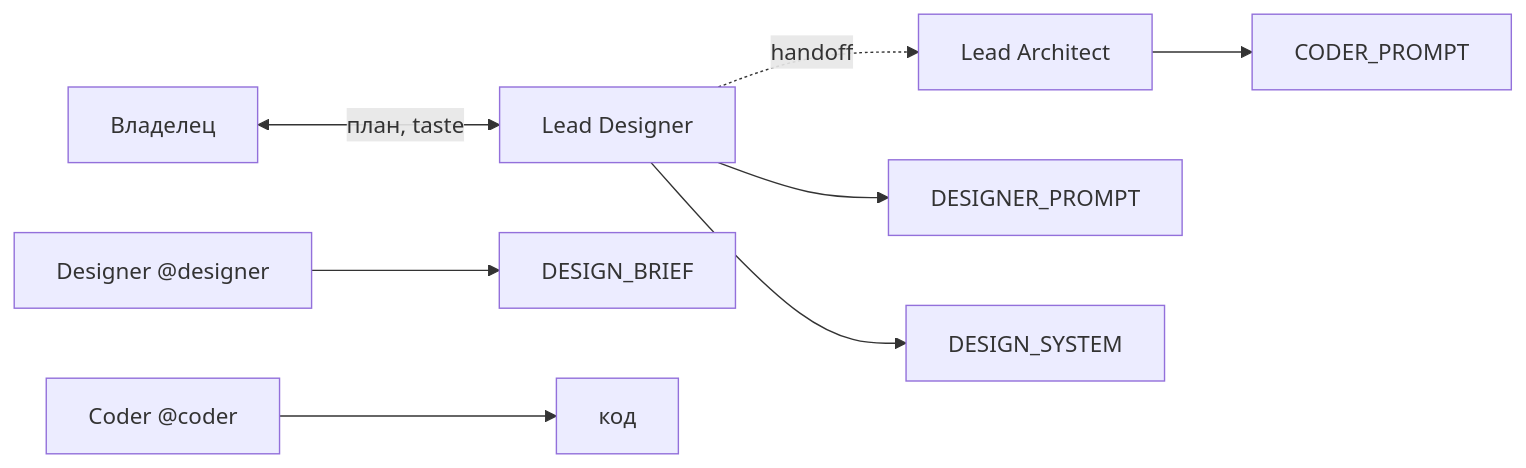
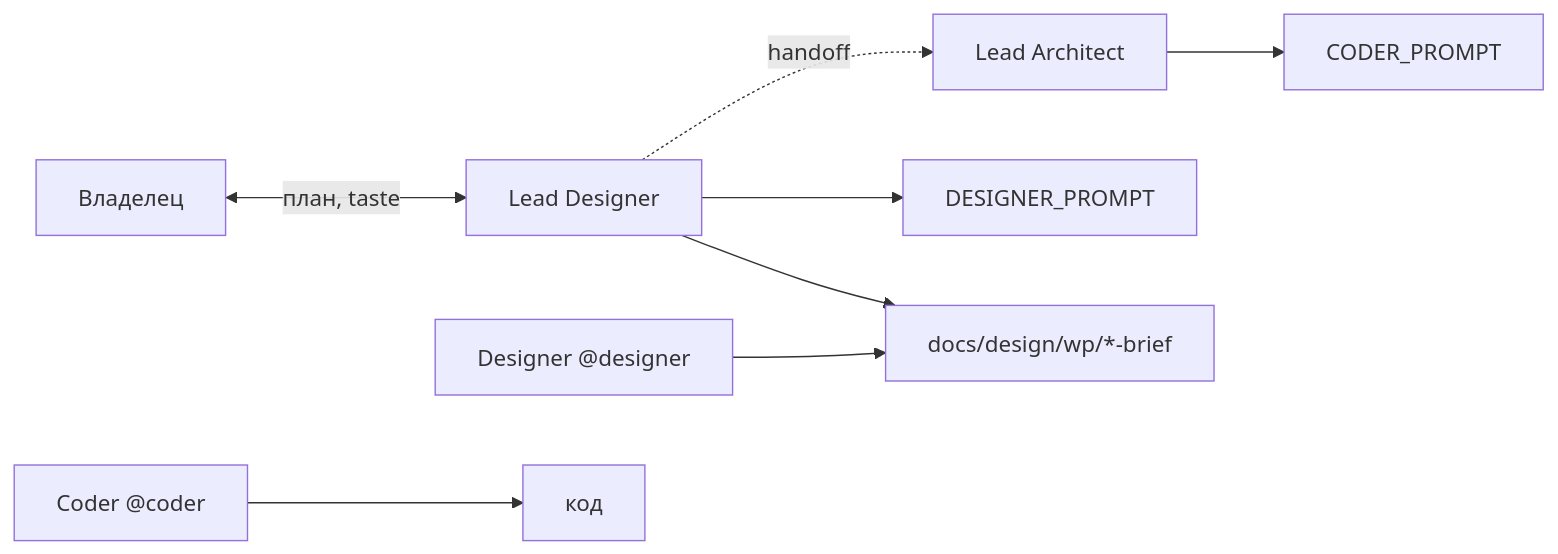
The diagram in docs/team/design/LEAD_DESIGN.md (Rode51/rawlead), drawn with Mermaid before and after one commit. The commit also changed other lines of this file and 135 other files, not shown here.

````diff
--- a/docs/team/design/LEAD_DESIGN.md
+++ b/docs/team/design/LEAD_DESIGN.md
@@ -11,16 +11,16 @@
 ```mermaid
 flowchart LR
   O[Владелец]
   LD[Lead Designer]
   D[Designer @designer]
   LA[Lead Architect]
   C[Coder @coder]
 
   O <-->|план, taste| LD
   LD --> DESIGNER_PROMPT
-  LD --> DESIGN_SYSTEM
-  D --> DESIGN_BRIEF
+  LD --> docs_design_wp["docs/design/wp/*-brief"]
+  D --> docs_design_wp
   LD -.->|handoff| LA
   LA --> CODER_PROMPT
   C --> код
 ```
````
